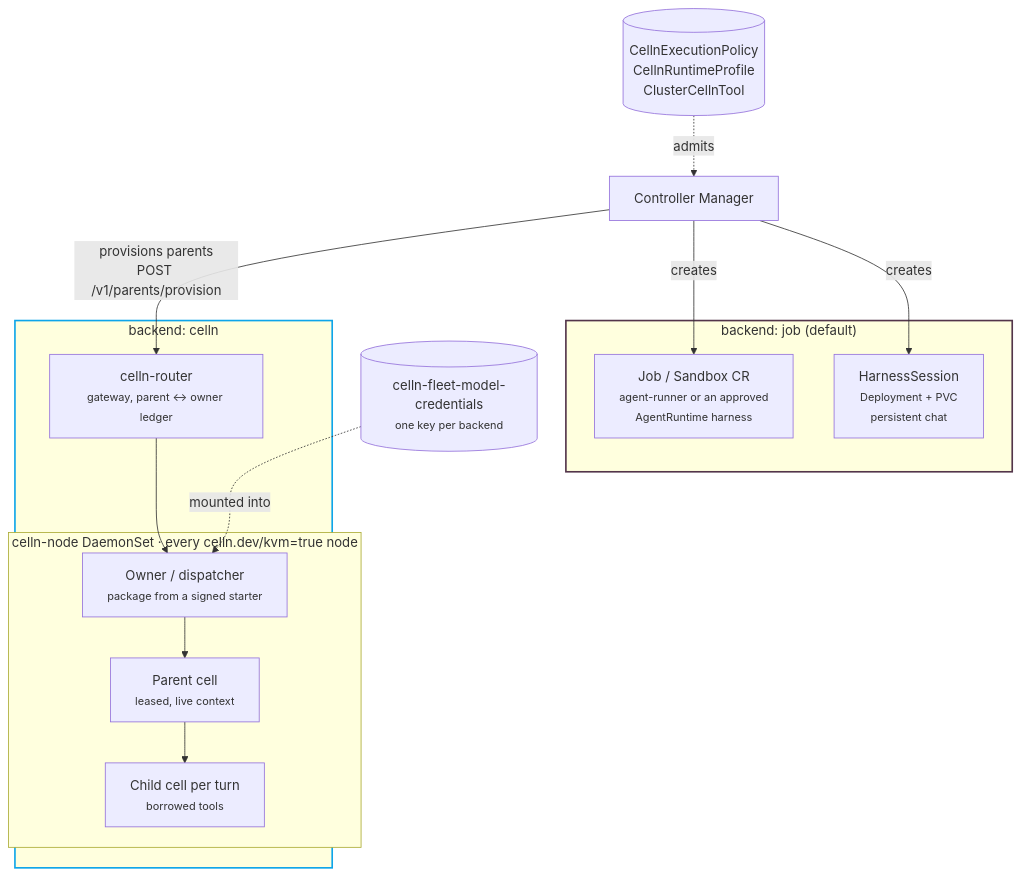
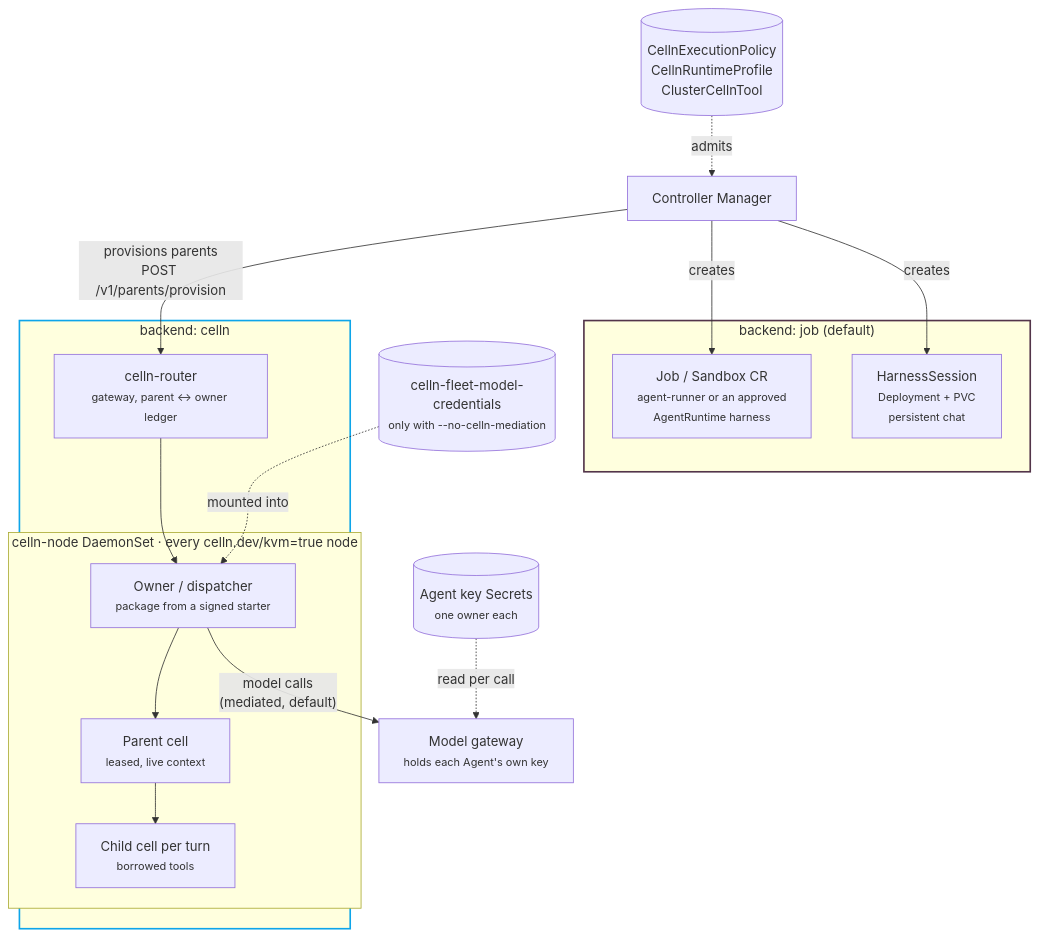
One commit to kristof-ringleff/sympozium changed the third of 6 diagrams in docs/architecture.md. Above: the diagram before and after it, drawn with Mermaid. The commit also changed 4 other files, not shown here.

First line of the commit message:
docs: one key per Agent and mediated model access by default (#651)

````diff
--- a/docs/architecture.md
+++ b/docs/architecture.md
@@ -117,29 +117,32 @@
 ```mermaid
 graph TB
     CM["Controller Manager"]
 
     subgraph K8S["backend: job (default)"]
         JOB["Job / Sandbox CR<br/><small>agent-runner or an approved<br/>AgentRuntime harness</small>"]
         HS["HarnessSession<br/><small>Deployment + PVC<br/>persistent chat</small>"]
     end
 
     subgraph CELLN["backend: celln"]
         ROUTER["celln-router<br/><small>gateway, parent ↔ owner ledger</small>"]
         subgraph NODES["celln-node DaemonSet · every celln.dev/kvm=true node"]
             OWN["Owner / dispatcher<br/><small>package from a signed starter</small>"]
             PARENT["Parent cell<br/><small>leased, live context</small>"]
             CHILD["Child cell per turn<br/><small>borrowed tools</small>"]
             OWN --> PARENT --> CHILD
         end
         ROUTER --> OWN
     end
 
     CM -- "creates" --> JOB
     CM -- "creates" --> HS
     CM -- "provisions parents<br/>POST /v1/parents/provision" --> ROUTER
     POL[("CellnExecutionPolicy<br/>CellnRuntimeProfile<br/>ClusterCellnTool")] -. "admits" .-> CM
-    KEYS[("celln-fleet-model-credentials<br/><small>one key per backend</small>")] -. "mounted into" .-> OWN
+    GW["Model gateway<br/><small>holds each Agent's own key</small>"]
+    AKEYS[("Agent key Secrets<br/><small>one owner each</small>")] -. "read per call" .-> GW
+    OWN -- "model calls<br/>(mediated, default)" --> GW
+    KEYS[("celln-fleet-model-credentials<br/><small>only with --no-celln-mediation</small>")] -. "mounted into" .-> OWN
 
     style K8S stroke:#53354a,stroke-width:2px
     style CELLN stroke:#0ea5e9,stroke-width:2px
 ```
````
